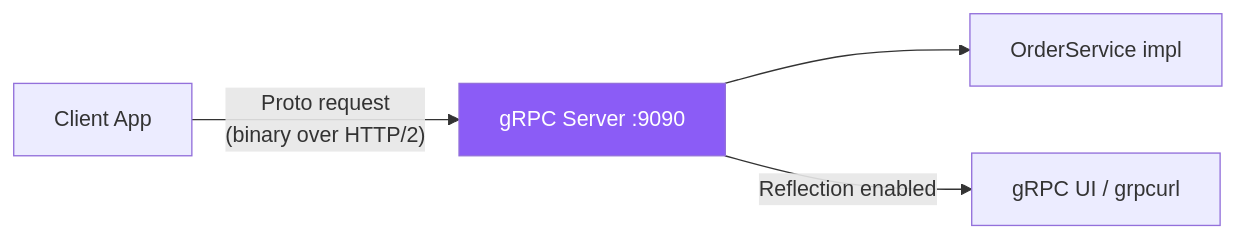
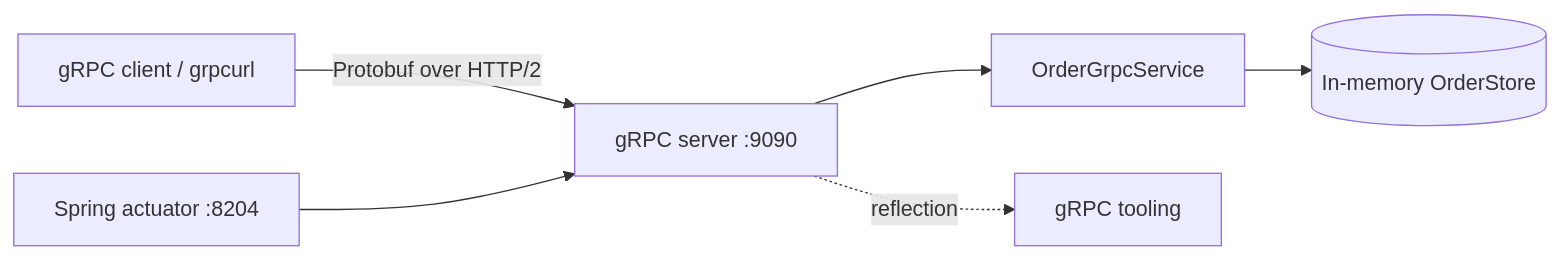
One commit to tungnath/micarch changed the first of 2 diagrams in 02-communication/02e-grpc-service/README.md. Above: the diagram before and after it, drawn with Mermaid. The commit also changed other lines of this file and 145 other files, not shown here.

````diff
--- a/02-communication/02e-grpc-service/README.md
+++ b/02-communication/02e-grpc-service/README.md
@@ -9,7 +9,8 @@
 ```mermaid
-graph LR
-    Client[Client App] -->|"Proto request\n(binary over HTTP/2)"| GrpcServer[gRPC Server :9090]
-    GrpcServer --> Service[OrderService impl]
-    GrpcServer -->|"Reflection enabled"| GrpcUI["gRPC UI / grpcurl"]
-    style GrpcServer fill:#8b5cf6,color:#fff
+flowchart LR
+    Client[gRPC client / grpcurl] -->|Protobuf over HTTP/2| Server[gRPC server :9090]
+    Server --> Impl[OrderGrpcService]
+    Impl --> Store[(In-memory OrderStore)]
+    Server -. reflection .-> Tools[gRPC tooling]
+    Actuator[Spring actuator :8204] --> Server
 ```
````
